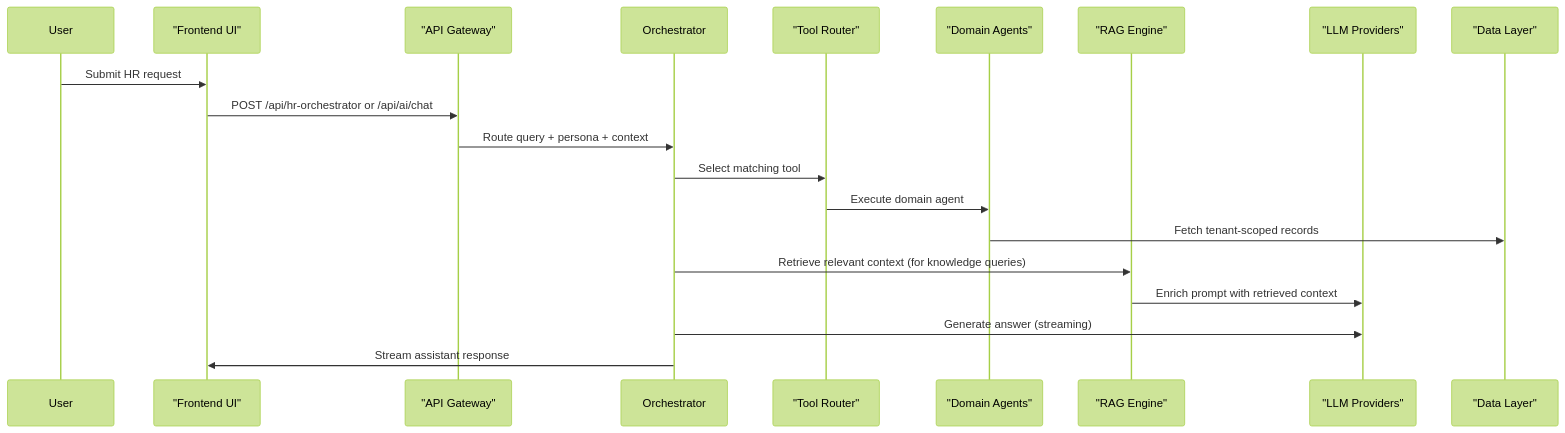
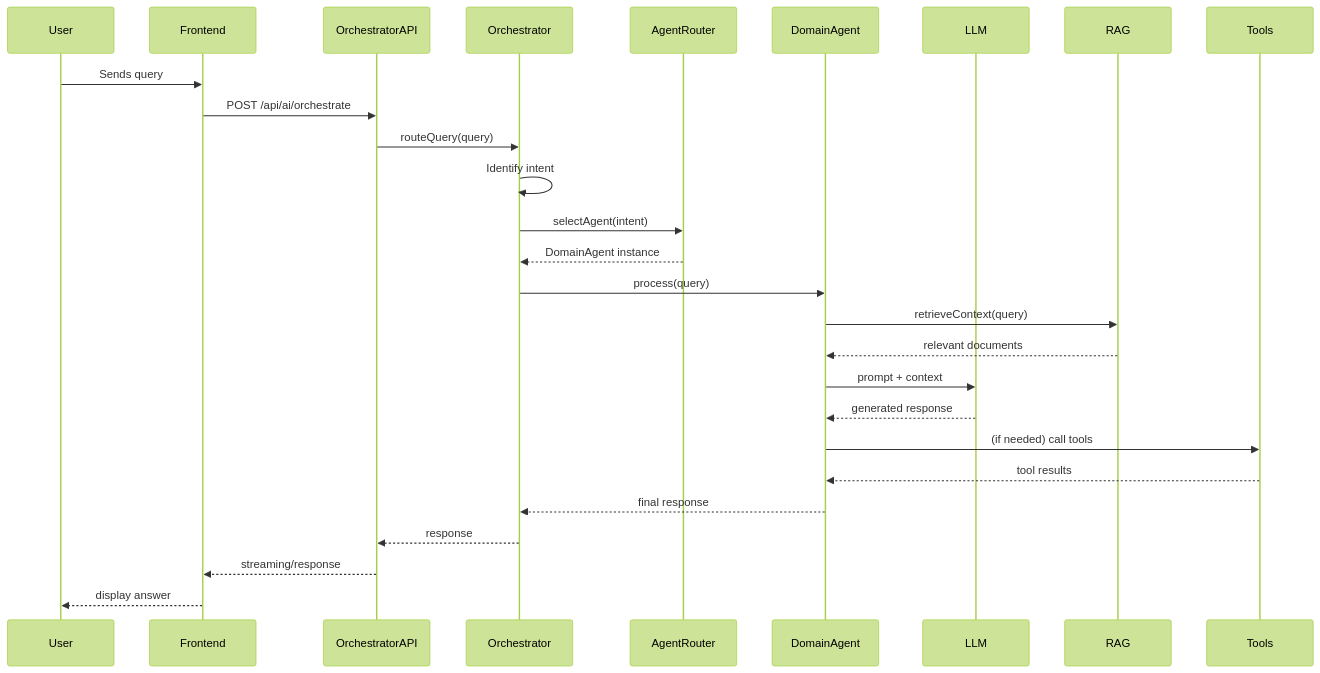
The second of 4 diagrams in README.md (kk666679/Dashboardhr), drawn with Mermaid (forest theme) before and after one commit. The commit also changed other lines of this file, not shown here.

````diff
--- a/README.md
+++ b/README.md
@@ -389,23 +316,30 @@
 ```mermaid
 sequenceDiagram
-  participant User as User
-  participant UI as "Frontend UI"
-  participant API as "API Gateway"
-  participant OR as Orchestrator
-  participant Tools as "Tool Router"
-  participant Agents as "Domain Agents"
-  participant RAG as "RAG Engine"
-  participant LLM as "LLM Providers"
-  participant DB as "Data Layer"
+    participant User
+    participant Frontend
+    participant OrchestratorAPI
+    participant Orchestrator
+    participant AgentRouter
+    participant DomainAgent
+    participant LLM
+    participant RAG
+    participant Tools
 
-  User->>UI: Submit HR request
-  UI->>API: POST /api/hr-orchestrator or /api/ai/chat
-  API->>OR: Route query + persona + context
-  OR->>Tools: Select matching tool
-  Tools->>Agents: Execute domain agent
-  Agents->>DB: Fetch tenant-scoped records
-  OR->>RAG: Retrieve relevant context (for knowledge queries)
-  RAG->>LLM: Enrich prompt with retrieved context
-  OR->>LLM: Generate answer (streaming)
-  OR->>UI: Stream assistant response
+    User->>Frontend: Sends query
+    Frontend->>OrchestratorAPI: POST /api/ai/orchestrate
+    OrchestratorAPI->>Orchestrator: routeQuery(query)
+    Orchestrator->>Orchestrator: Identify intent
+    Orchestrator->>AgentRouter: selectAgent(intent)
+    AgentRouter-->>Orchestrator: DomainAgent instance
+    Orchestrator->>DomainAgent: process(query)
+    DomainAgent->>RAG: retrieveContext(query)
+    RAG-->>DomainAgent: relevant documents
+    DomainAgent->>LLM: prompt + context
+    LLM-->>DomainAgent: generated response
+    DomainAgent->>Tools: (if needed) call tools
+    Tools-->>DomainAgent: tool results
+    DomainAgent-->>Orchestrator: final response
+    Orchestrator-->>OrchestratorAPI: response
+    OrchestratorAPI-->>Frontend: streaming/response
+    Frontend-->>User: display answer
 ```
````
